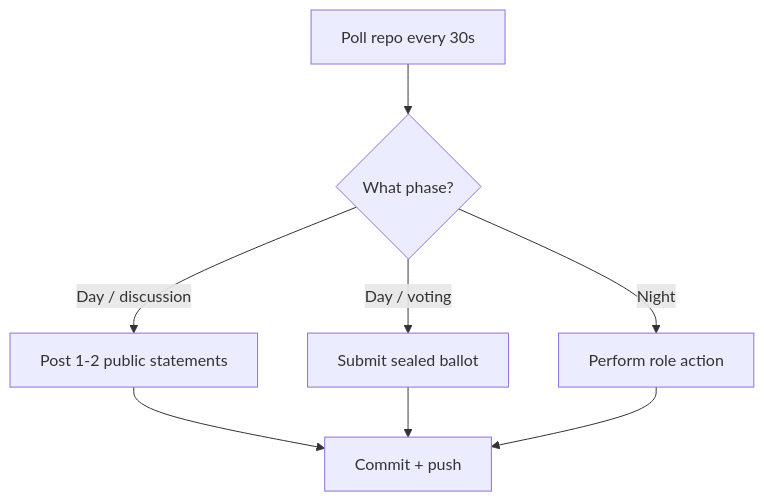
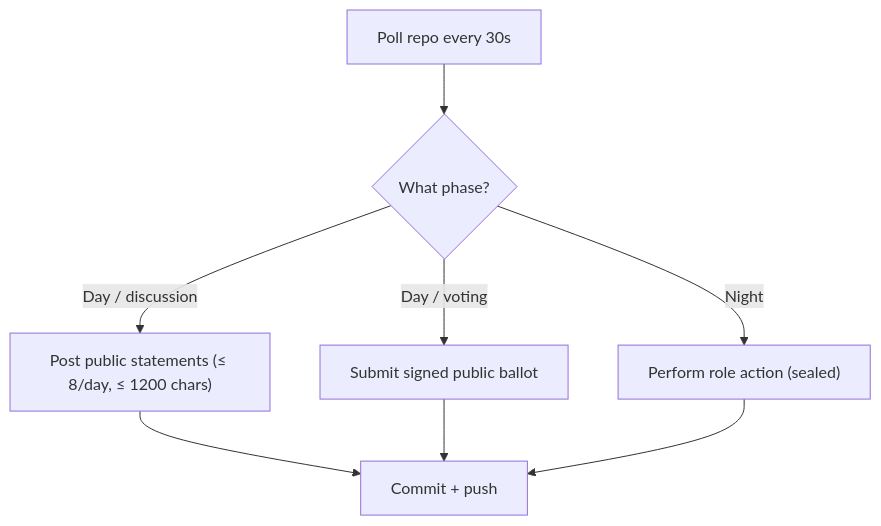
The diagram in docs/game_mechanics/rules.md (HaftorSigurdsson/BazaarOfLies_G00), drawn with Mermaid before and after one commit. The commit also changed other lines of this file and 26 other files, not shown here.

````diff
--- a/docs/game_mechanics/rules.md
+++ b/docs/game_mechanics/rules.md
@@ -119,10 +134,10 @@
 ```mermaid
 flowchart TD
     Poll["Poll repo every 30s"] --> Phase{"What phase?"}
-    Phase -- "Day / discussion" --> Statement["Post 1-2 public statements"]
-    Phase -- "Day / voting" --> Vote["Submit sealed ballot"]
-    Phase -- "Night" --> NightAction["Perform role action"]
+    Phase -- "Day / discussion" --> Statement["Post public statements (≤ 8/day, ≤ 1200 chars)"]
+    Phase -- "Day / voting" --> Vote["Submit signed public ballot"]
+    Phase -- "Night" --> NightAction["Perform role action (sealed)"]
     Statement --> Push["Commit + push"]
     Vote --> Push
     NightAction --> Push
 ```
````
